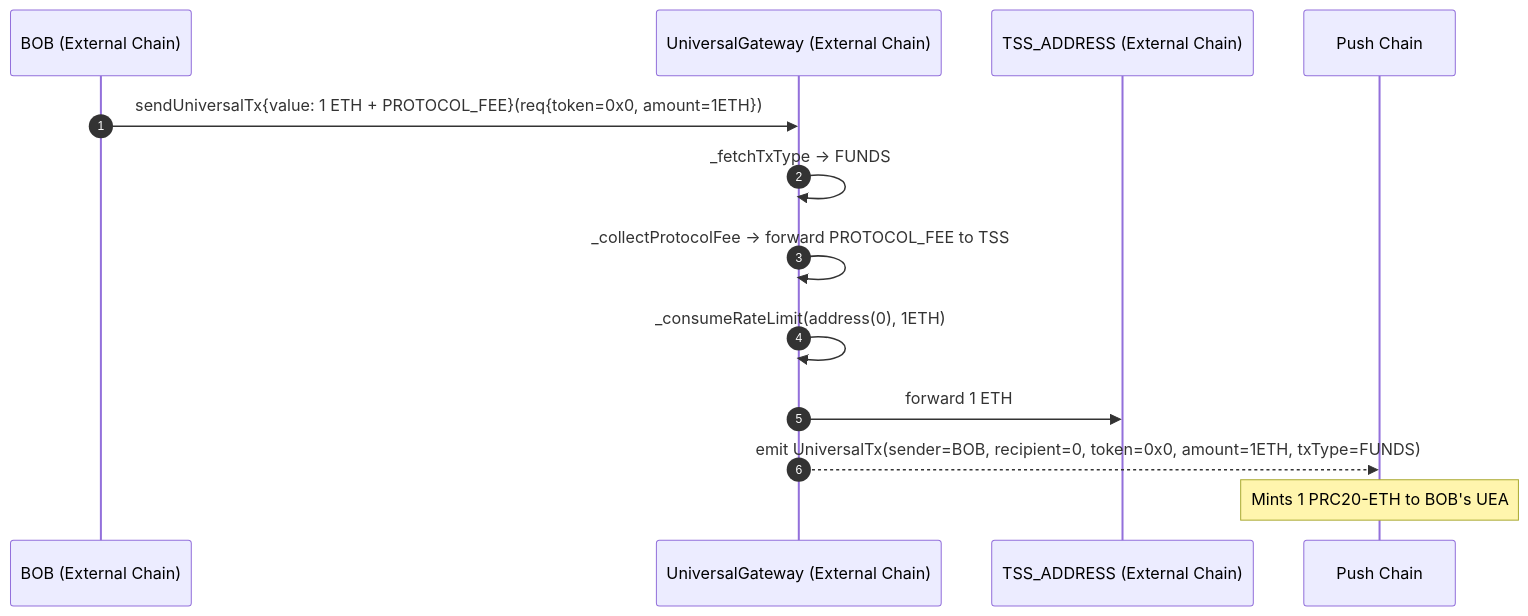
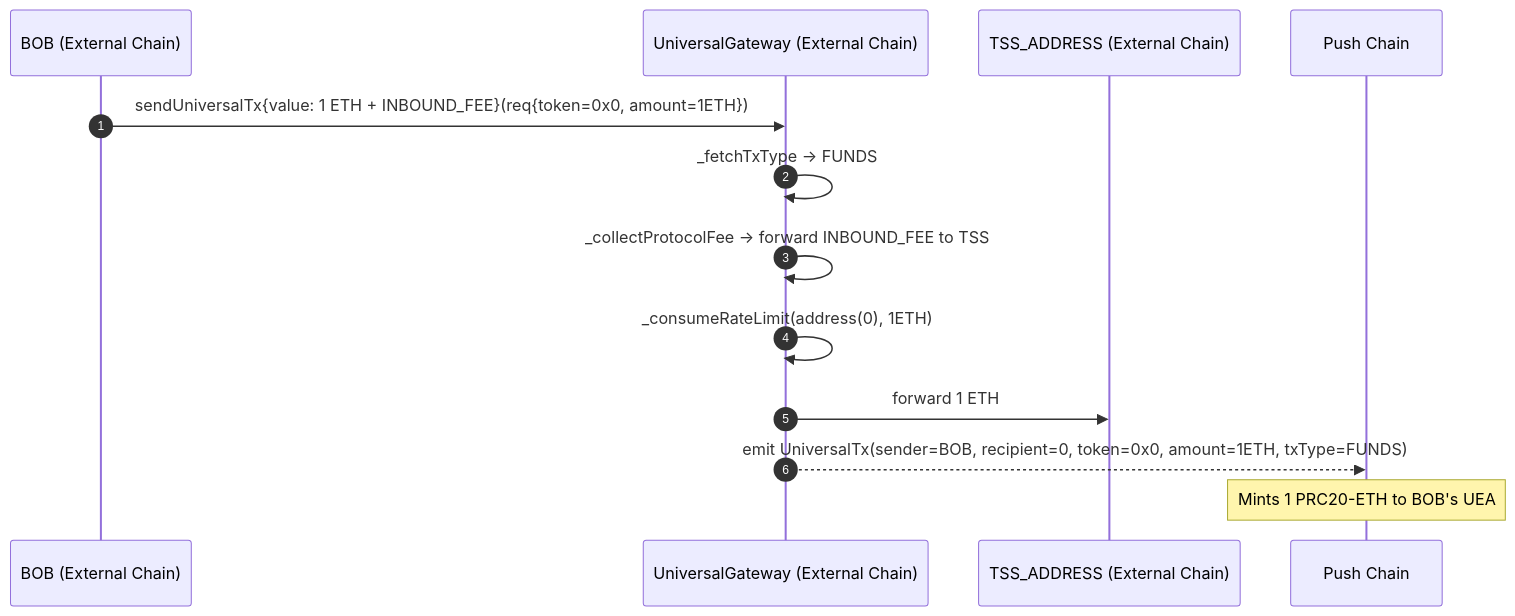
One commit to pushchain/push-chain-gateway-contracts changed the third of 11 diagrams in contracts/evm-gateway/docs/5_InboundTx_Flows.md. Above: the diagram before and after it, drawn with Mermaid. The commit also changed other lines of this file and 7 other files, not shown here.

````diff
--- a/contracts/evm-gateway/docs/5_InboundTx_Flows.md
+++ b/contracts/evm-gateway/docs/5_InboundTx_Flows.md
@@ -301,16 +301,16 @@
 ```mermaid
 sequenceDiagram
     autonumber
     participant BOB as BOB (External Chain)
     participant GW as UniversalGateway (External Chain)
     participant TSS as TSS_ADDRESS (External Chain)
     participant PC as Push Chain
 
-    BOB->>GW: sendUniversalTx{value: 1 ETH + PROTOCOL_FEE}(req{token=0x0, amount=1ETH})
+    BOB->>GW: sendUniversalTx{value: 1 ETH + INBOUND_FEE}(req{token=0x0, amount=1ETH})
     GW->>GW: _fetchTxType → FUNDS
-    GW->>GW: _collectProtocolFee → forward PROTOCOL_FEE to TSS
+    GW->>GW: _collectProtocolFee → forward INBOUND_FEE to TSS
     GW->>GW: _consumeRateLimit(address(0), 1ETH)
     GW->>TSS: forward 1 ETH
     GW-->>PC: emit UniversalTx(sender=BOB, recipient=0, token=0x0, amount=1ETH, txType=FUNDS)
     Note over PC: Mints 1 PRC20-ETH to BOB's UEA
 ```
````
